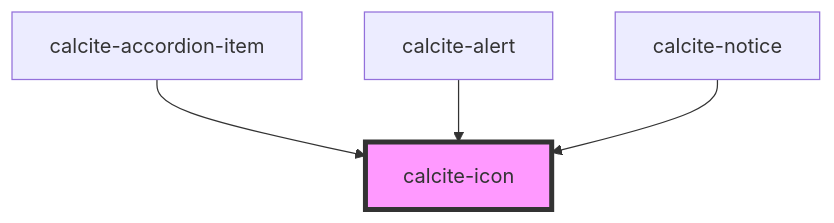
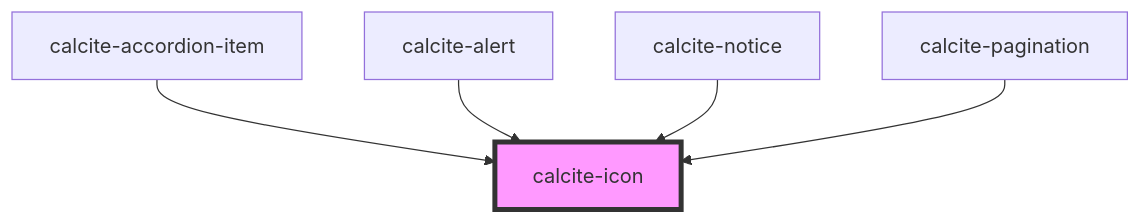
One commit to vikivakarvc/calcite-design-system changed the diagram in src/components/calcite-icon/readme.md. Above: the diagram before and after it, drawn with Mermaid. The commit also changed other lines of this file and 5 other files, not shown here.

````diff
--- a/src/components/calcite-icon/readme.md
+++ b/src/components/calcite-icon/readme.md
@@ -39,7 +40,8 @@
 ```mermaid
 graph TD;
   calcite-accordion-item --> calcite-icon
   calcite-alert --> calcite-icon
   calcite-notice --> calcite-icon
+  calcite-pagination --> calcite-icon
   style calcite-icon fill:#f9f,stroke:#333,stroke-width:4px
 ```
````
